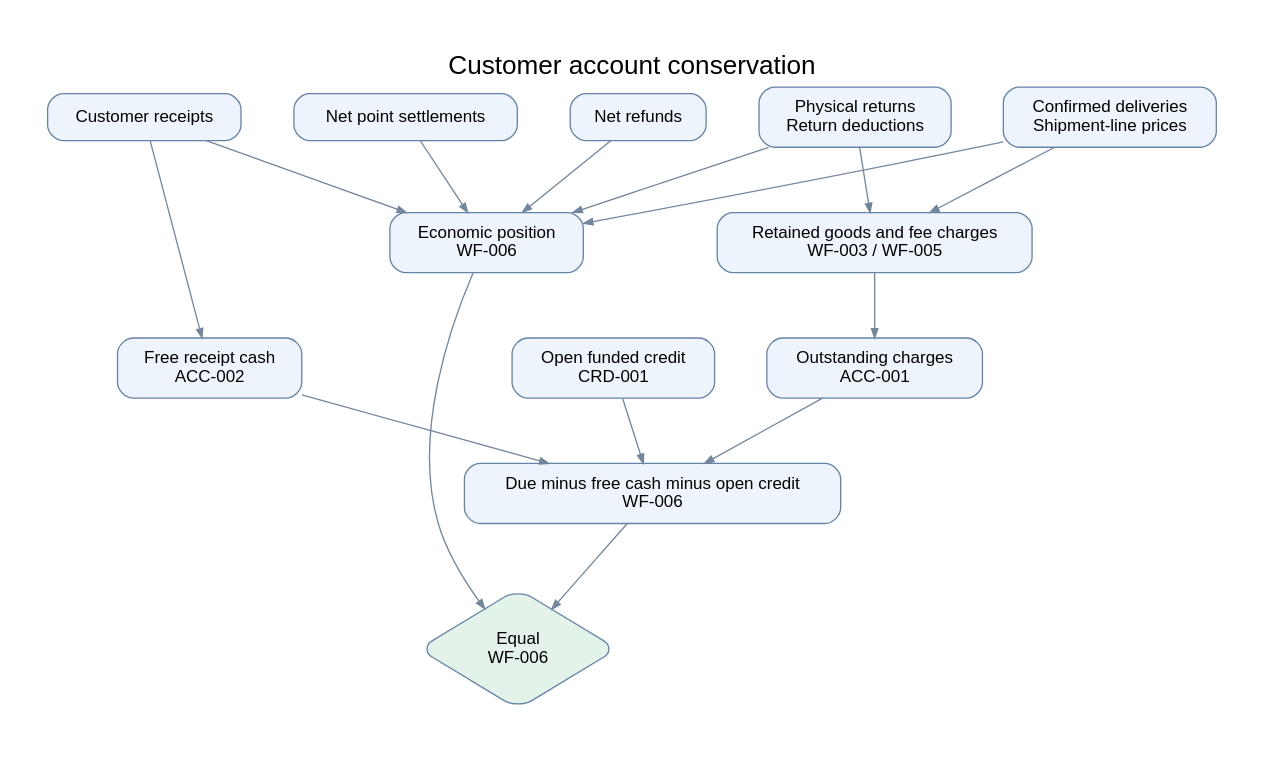
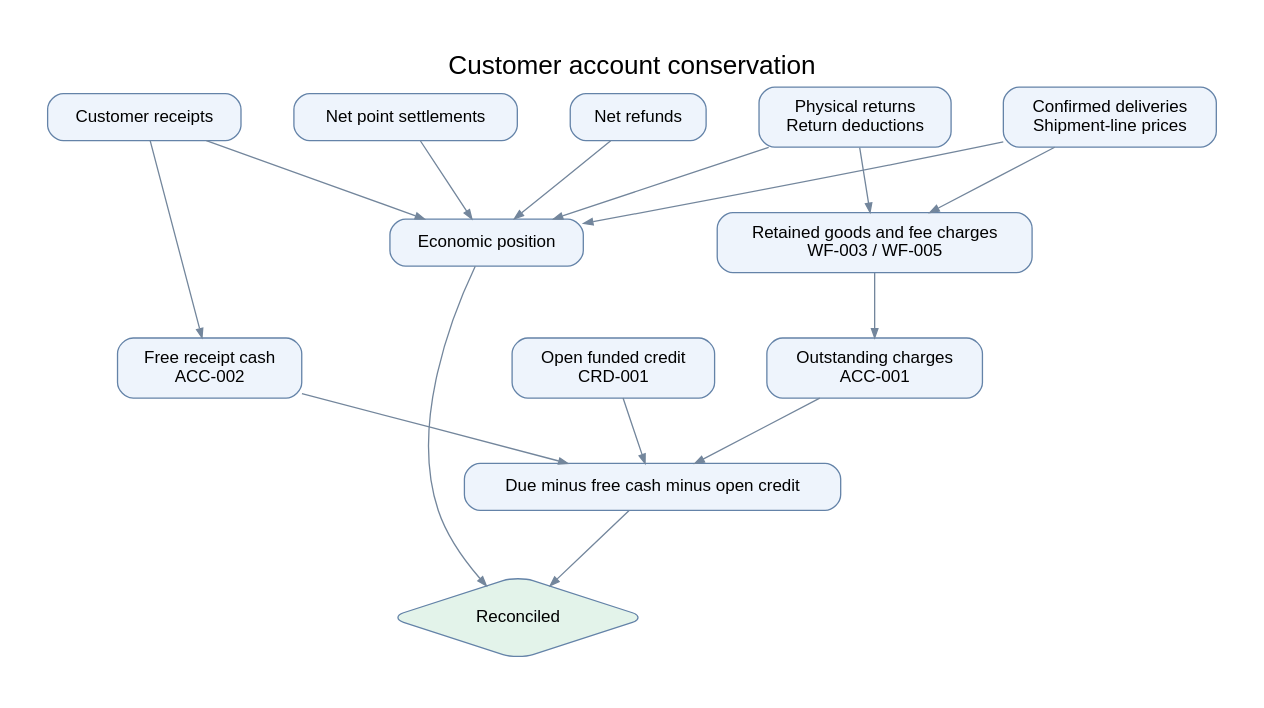
The diagram in docs/candidate-walkthrough/diagrams/account-dependencies.dot (AviKKi/field-desk), drawn with Graphviz before and after one commit. The commit also changed 8 other files, not shown here.

```diff
--- a/docs/candidate-walkthrough/diagrams/account-dependencies.dot
+++ b/docs/candidate-walkthrough/diagrams/account-dependencies.dot
@@ -1,31 +1,31 @@
 digraph AccountDependencies {
   graph [rankdir=TB, bgcolor="white", pad=0.4, nodesep=0.55, ranksep=0.7, fontname="Helvetica", fontsize=20, label="Customer account conservation", labelloc=t];
   node [shape=box, style="rounded,filled", fillcolor="#eef4fc", color="#6483a8", fontname="Helvetica", fontsize=13, margin="0.18,0.12"];
   edge [color="#73869c", fontname="Helvetica", fontsize=11, arrowsize=0.7];
   delivery [label="Confirmed deliveries\nShipment-line prices"];
   returns [label="Physical returns\nReturn deductions"];
   receipts [label="Customer receipts"];
   refunds [label="Net refunds"];
   points [label="Net point settlements"];
   charges [label="Retained goods and fee charges\nWF-003 / WF-005"];
   due [label="Outstanding charges\nACC-001"];
   cash [label="Free receipt cash\nACC-002"];
   credit [label="Open funded credit\nCRD-001"];
-  economic [label="Economic position\nWF-006"];
-  balances [label="Due minus free cash minus open credit\nWF-006"];
-  equal [shape=diamond, fillcolor="#e3f3ea", label="Equal\nWF-006"];
+  economic [label="Economic position"];
+  balances [label="Due minus free cash minus open credit"];
+  equal [shape=diamond, fillcolor="#e3f3ea", label="Reconciled"];
   delivery -> charges;
   returns -> charges;
   charges -> due;
   receipts -> cash;
   delivery -> economic;
   returns -> economic;
   receipts -> economic;
   refunds -> economic;
   points -> economic;
   due -> balances;
   cash -> balances;
   credit -> balances;
   economic -> equal;
   balances -> equal;
 }
```
